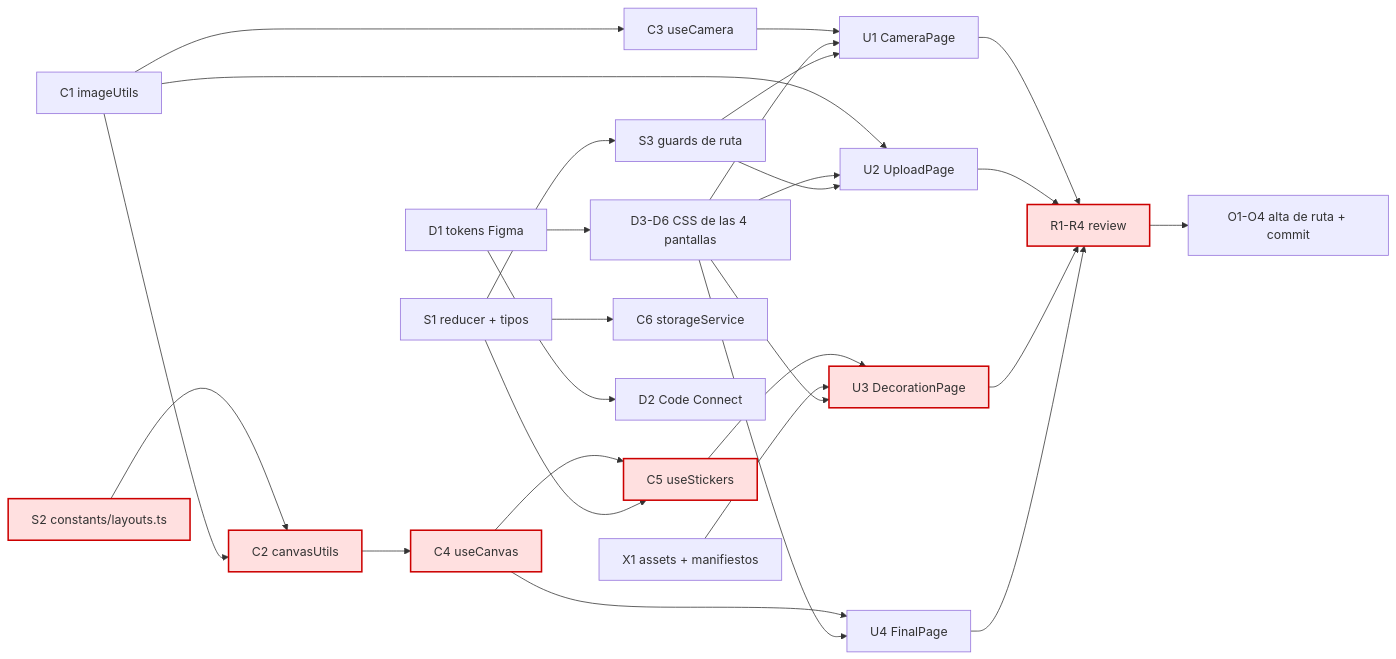
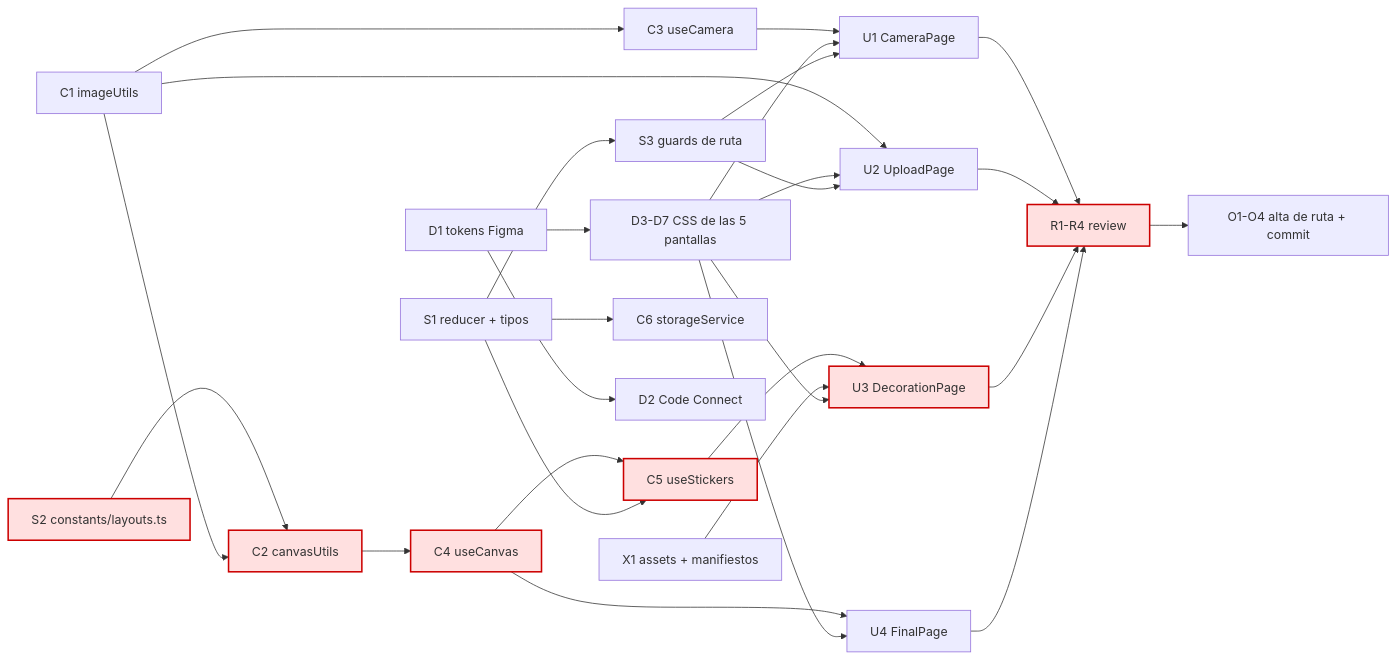
Before and after one commit to lylyam/cuteBooth: the second of 2 diagrams in docs/orchestration/DAG.md, drawn with Mermaid. The commit also changed other lines of this file and 13 other files, not shown here.

````diff
--- a/docs/orchestration/DAG.md
+++ b/docs/orchestration/DAG.md
@@ -66,39 +66,39 @@
 ```mermaid
 graph LR
   S2[S2 constants/layouts.ts]:::crit
   S1[S1 reducer + tipos]
   C1[C1 imageUtils]
   D1[D1 tokens Figma]
   X1[X1 assets + manifiestos]
 
   S1 --> S3[S3 guards de ruta]
   S2 --> C2[C2 canvasUtils]:::crit
   C1 --> C2
   C1 --> C3[C3 useCamera]
   C2 --> C4[C4 useCanvas]:::crit
   C4 --> C5[C5 useStickers]:::crit
   S1 --> C5
   S1 --> C6[C6 storageService]
   D1 --> D2[D2 Code Connect]
-  D1 --> DC[D3-D6 CSS de las 4 pantallas]
+  D1 --> DC[D3-D7 CSS de las 5 pantallas]
 
   C3 --> U1[U1 CameraPage]
   DC --> U1
   S3 --> U1
   C1 --> U2[U2 UploadPage]
   DC --> U2
   S3 --> U2
   C5 --> U3[U3 DecorationPage]:::crit
   X1 --> U3
   DC --> U3
   C4 --> U4[U4 FinalPage]
   DC --> U4
 
   U1 --> R[R1-R4 review]
   U2 --> R
   U3 --> R:::crit
   U4 --> R
   R --> O[O1-O4 alta de ruta + commit]
 
   classDef crit fill:#ffe0e0,stroke:#c00,stroke-width:2px;
 ```
````
